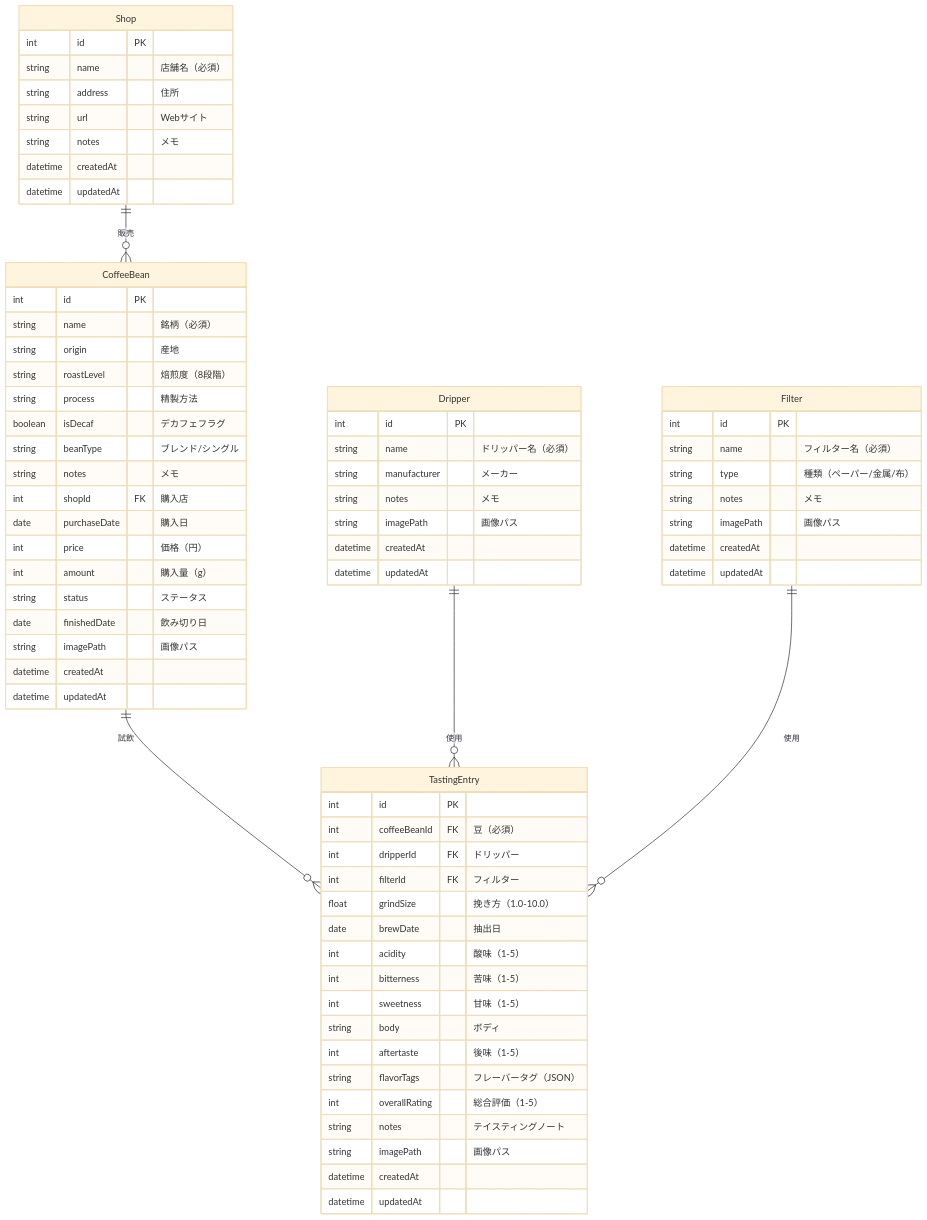
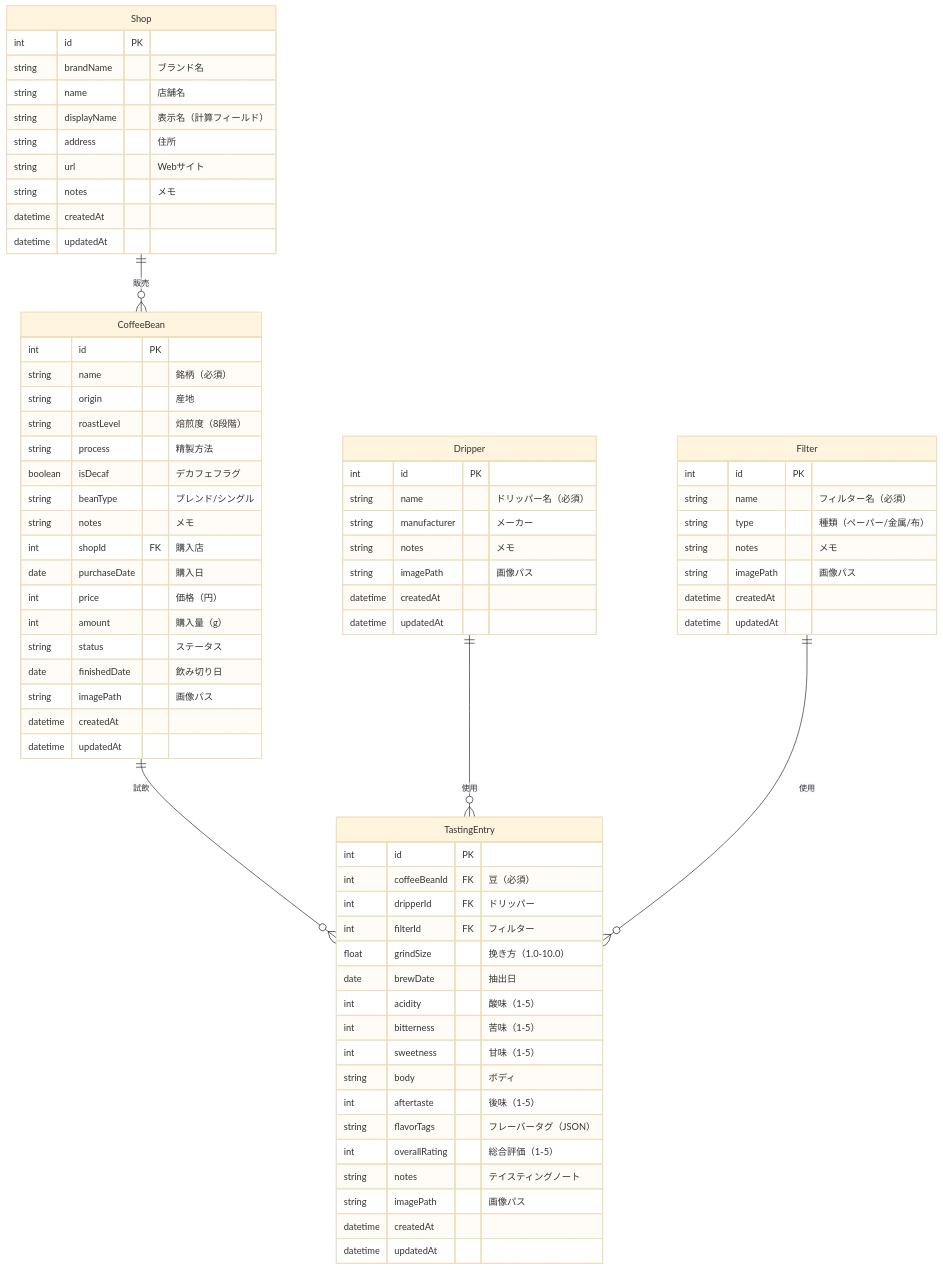
One commit to jyama4ta/coffee-tasting-journal changed the diagram in docs/data-model.md. Above: the diagram before and after it, drawn with Mermaid (base theme). The commit also changed other lines of this file and 14 other files, not shown here.

````diff
--- a/docs/data-model.md
+++ b/docs/data-model.md
@@ -10,77 +10,79 @@
 ```mermaid
 erDiagram
     Shop ||--o{ CoffeeBean : "販売"
     CoffeeBean ||--o{ TastingEntry : "試飲"
     Dripper ||--o{ TastingEntry : "使用"
     Filter ||--o{ TastingEntry : "使用"
 
     Shop {
         int id PK
-        string name "店舗名（必須）"
+        string brandName "ブランド名"
+        string name "店舗名"
+        string displayName "表示名（計算フィールド）"
         string address "住所"
         string url "Webサイト"
         string notes "メモ"
         datetime createdAt
         datetime updatedAt
     }
 
     Dripper {
         int id PK
         string name "ドリッパー名（必須）"
         string manufacturer "メーカー"
         string notes "メモ"
         string imagePath "画像パス"
         datetime createdAt
         datetime updatedAt
     }
 
     Filter {
         int id PK
         string name "フィルター名（必須）"
         string type "種類（ペーパー/金属/布）"
         string notes "メモ"
         string imagePath "画像パス"
         datetime createdAt
         datetime updatedAt
     }
 
     CoffeeBean {
         int id PK
         string name "銘柄（必須）"
         string origin "産地"
         string roastLevel "焙煎度（8段階）"
         string process "精製方法"
         boolean isDecaf "デカフェフラグ"
         string beanType "ブレンド/シングル"
         string notes "メモ"
         int shopId FK "購入店"
         date purchaseDate "購入日"
         int price "価格（円）"
         int amount "購入量（g）"
         string status "ステータス"
         date finishedDate "飲み切り日"
         string imagePath "画像パス"
         datetime createdAt
         datetime updatedAt
     }
 
     TastingEntry {
         int id PK
         int coffeeBeanId FK "豆（必須）"
         int dripperId FK "ドリッパー"
         int filterId FK "フィルター"
         float grindSize "挽き方（1.0-10.0）"
         date brewDate "抽出日"
         int acidity "酸味（1-5）"
         int bitterness "苦味（1-5）"
         int sweetness "甘味（1-5）"
         string body "ボディ"
         int aftertaste "後味（1-5）"
         string flavorTags "フレーバータグ（JSON）"
         int overallRating "総合評価（1-5）"
         string notes "テイスティングノート"
         string imagePath "画像パス"
         datetime createdAt
         datetime updatedAt
     }
 ```
````
